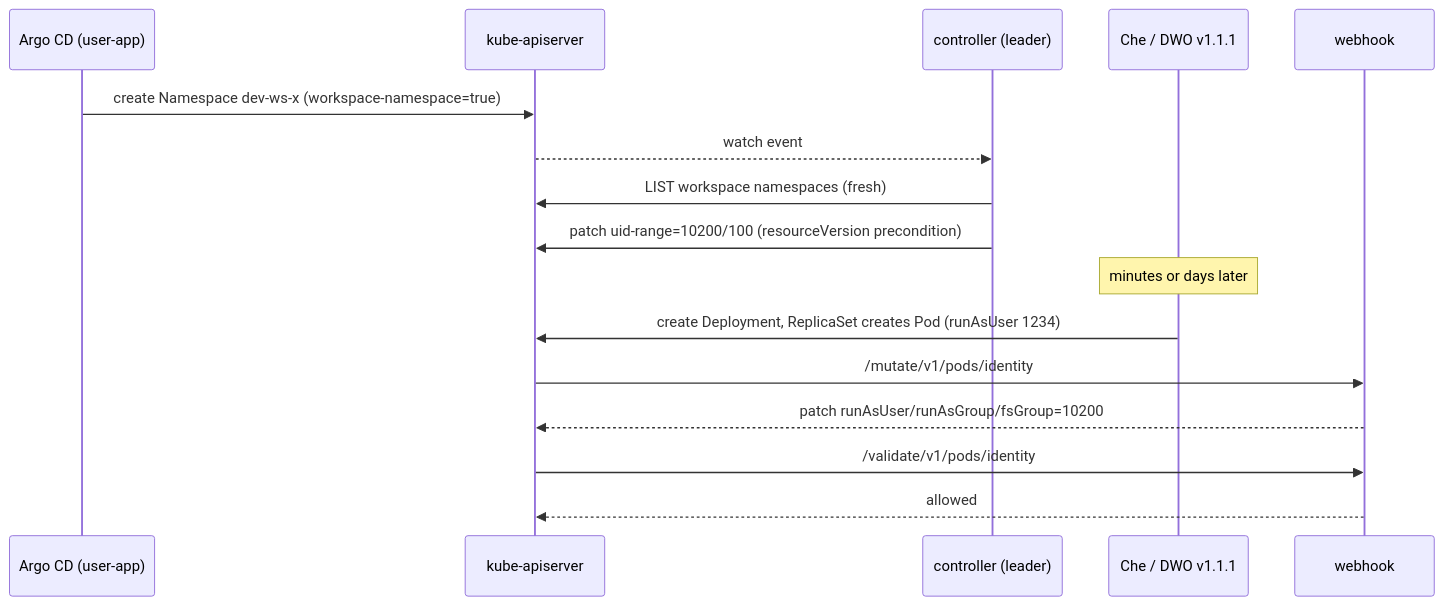
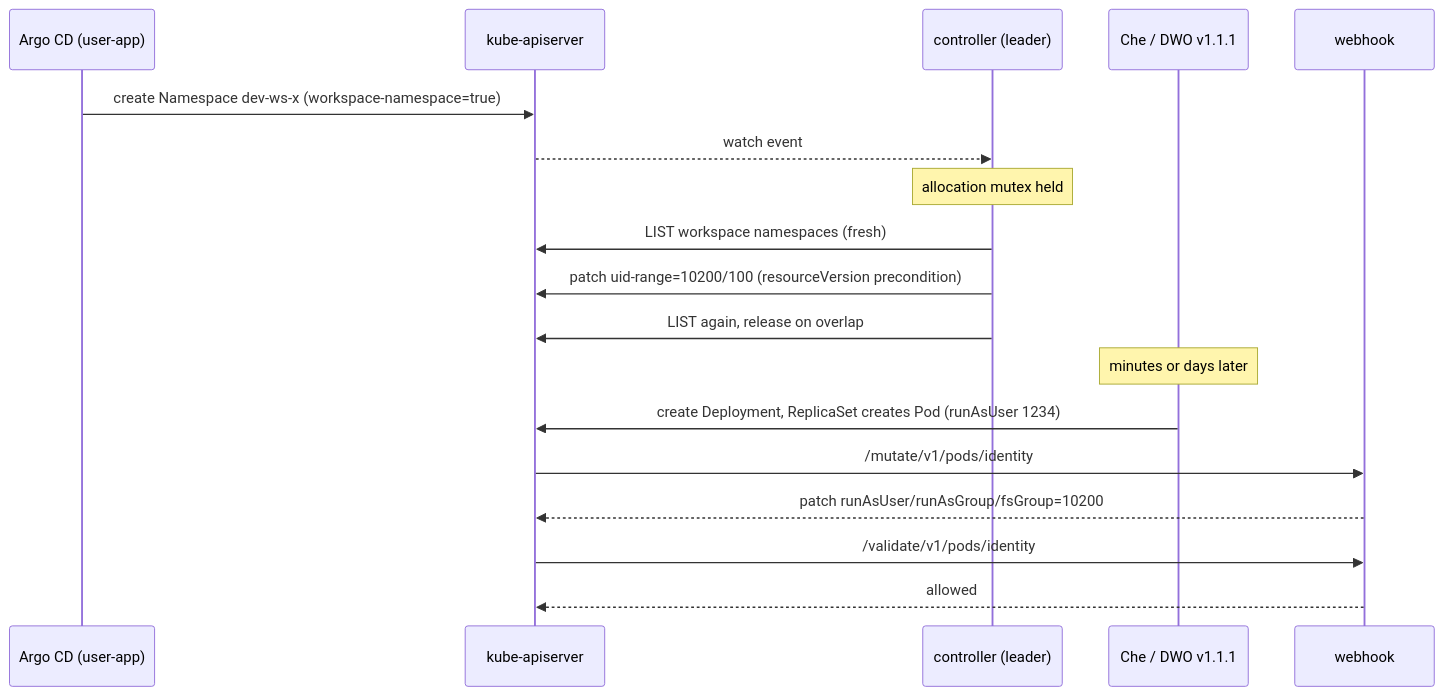
The third of 5 diagrams in docs/rfc/0018-namespace-uid-range.md (batleforc/weebo-si-hardening), drawn with Mermaid before and after one commit. The commit also changed other lines of this file and 3 other files, not shown here.

````diff
--- a/docs/rfc/0018-namespace-uid-range.md
+++ b/docs/rfc/0018-namespace-uid-range.md
@@ -363,18 +428,20 @@
 ```mermaid
 sequenceDiagram
   participant Argo as Argo CD (user-app)
   participant API as kube-apiserver
   participant C as controller (leader)
   participant Che as Che / DWO v1.1.1
   participant W as webhook
   Argo->>API: create Namespace dev-ws-x (workspace-namespace=true)
   API-->>C: watch event
+  Note over C: allocation mutex held
   C->>API: LIST workspace namespaces (fresh)
   C->>API: patch uid-range=10200/100 (resourceVersion precondition)
+  C->>API: LIST again, release on overlap
   Note over Che: minutes or days later
   Che->>API: create Deployment, ReplicaSet creates Pod (runAsUser 1234)
   API->>W: /mutate/v1/pods/identity
   W-->>API: patch runAsUser/runAsGroup/fsGroup=10200
   API->>W: /validate/v1/pods/identity
   W-->>API: allowed
 ```
````
